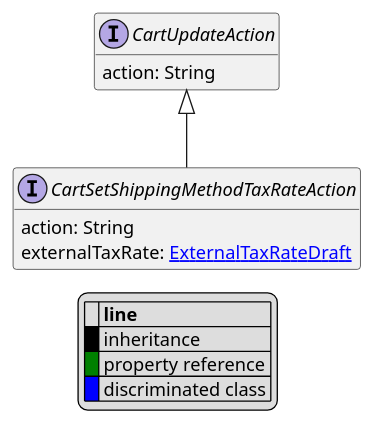
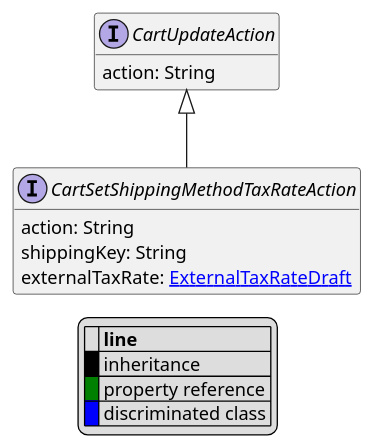
Before and after one commit to commercetools/commercetools-api-reference: the diagram in uml/api/CartSetShippingMethodTaxRateAction.puml, drawn with PlantUML. The commit also changed 16 other files, not shown here.

```diff
--- a/uml/api/CartSetShippingMethodTaxRateAction.puml
+++ b/uml/api/CartSetShippingMethodTaxRateAction.puml
@@ -1,23 +1,24 @@
 @startuml
 
 hide empty fields
 hide empty methods
 legend
 |= |= line |
 |<back:black>   </back>| inheritance |
 |<back:green>   </back>| property reference |
 |<back:blue>   </back>| discriminated class |
 endlegend
 interface CartSetShippingMethodTaxRateAction [[CartSetShippingMethodTaxRateAction.svg]] extends CartUpdateAction {
     action: String
+    shippingKey: String
     externalTaxRate: [[ExternalTaxRateDraft.svg ExternalTaxRateDraft]]
 }
 interface CartUpdateAction [[CartUpdateAction.svg]]  {
     action: String
 }
 
 
 
 
 
 @enduml
```
